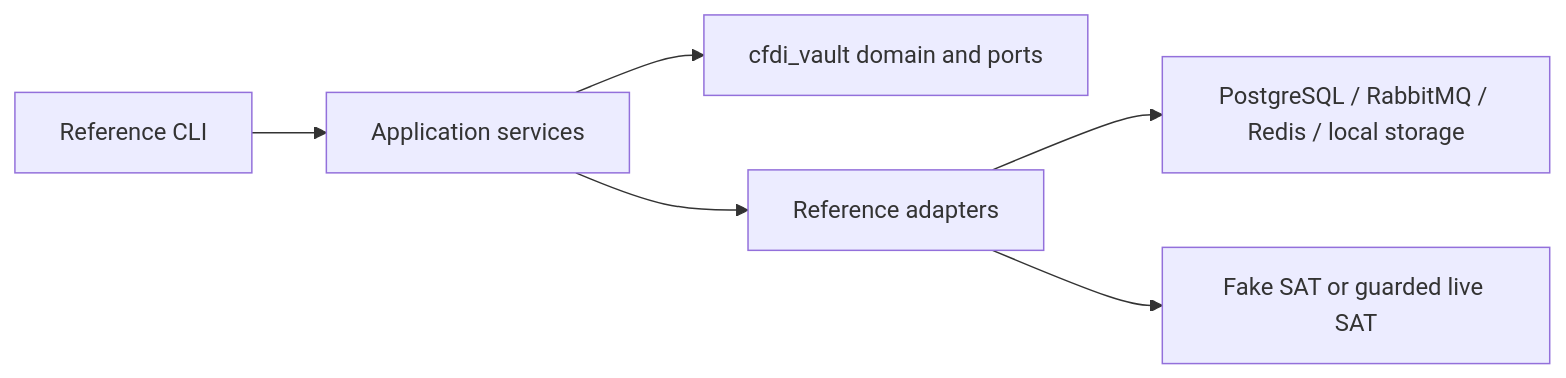
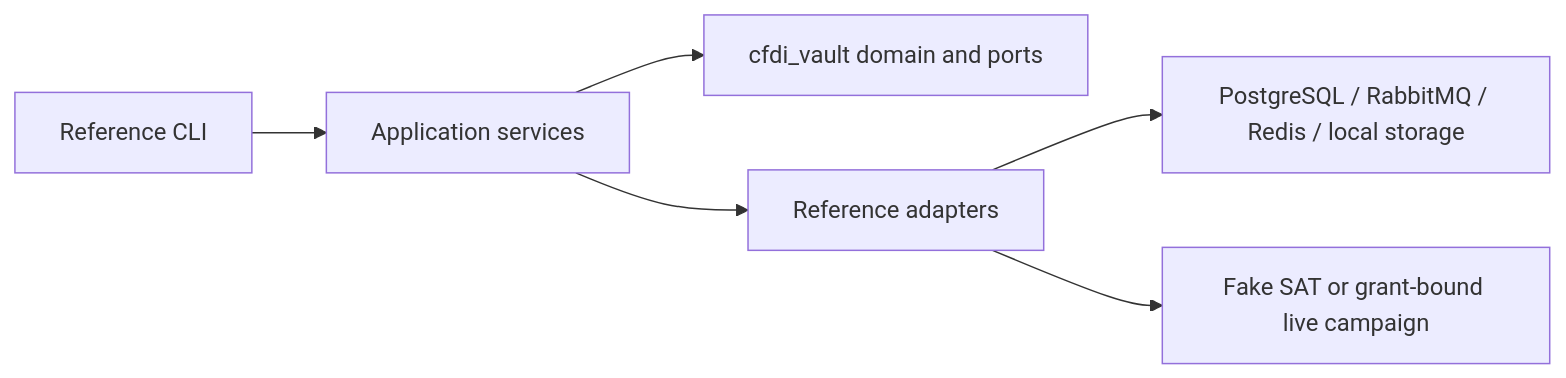
Before and after one commit to Crls8a/cfdi-vault-mx: the diagram in docs/foundation/reference-system-scope.md, drawn with Mermaid. The commit also changed other lines of this file and 13 other files, not shown here.

````diff
--- a/docs/foundation/reference-system-scope.md
+++ b/docs/foundation/reference-system-scope.md
@@ -35,8 +35,8 @@
 ```mermaid
 flowchart LR
     A["Reference CLI"] --> B["Application services"]
     B --> C["cfdi_vault domain and ports"]
     B --> D["Reference adapters"]
     D --> E["PostgreSQL / RabbitMQ / Redis / local storage"]
-    D --> F["Fake SAT or guarded live SAT"]
+    D --> F["Fake SAT or grant-bound live campaign"]
 ```
````
